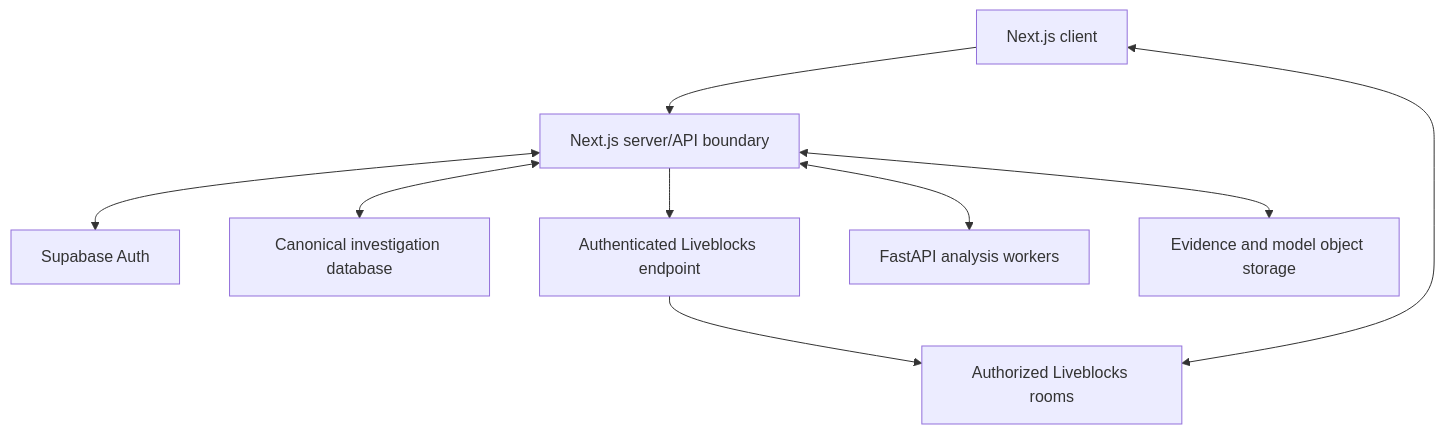
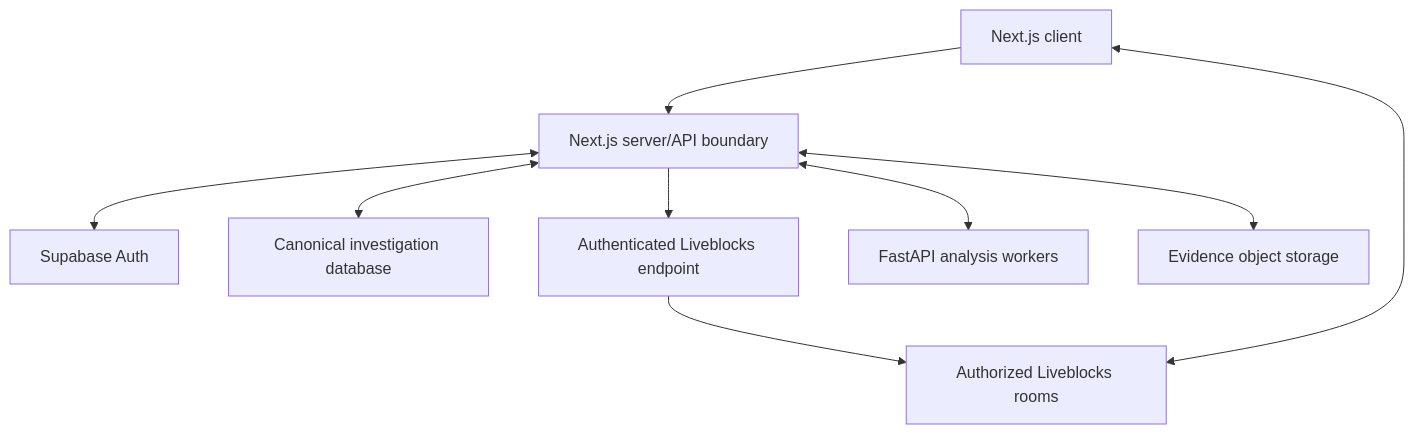
One commit to OjasRane/CrimeLens2 changed the sixth of 6 diagrams in SYSTEM_ARCHITECTURE.md. Above: the diagram before and after it, drawn with Mermaid. The commit also changed other lines of this file and 136 other files, not shown here.

````diff
--- a/SYSTEM_ARCHITECTURE.md
+++ b/SYSTEM_ARCHITECTURE.md
@@ -556,20 +517,20 @@
 ```mermaid
 flowchart TB
     Client["Next.js client"]
     Server["Next.js server/API boundary"]
     Auth["Supabase Auth"]
     DB["Canonical investigation database"]
     LBAuth["Authenticated Liveblocks endpoint"]
     Liveblocks["Authorized Liveblocks rooms"]
     Intel["FastAPI analysis workers"]
-    Storage["Evidence and model object storage"]
+    Storage["Evidence object storage"]
 
     Client --> Server
     Server <--> Auth
     Server <--> DB
     Server --> LBAuth
     LBAuth --> Liveblocks
     Client <--> Liveblocks
     Server <--> Intel
     Server <--> Storage
 ```
````
